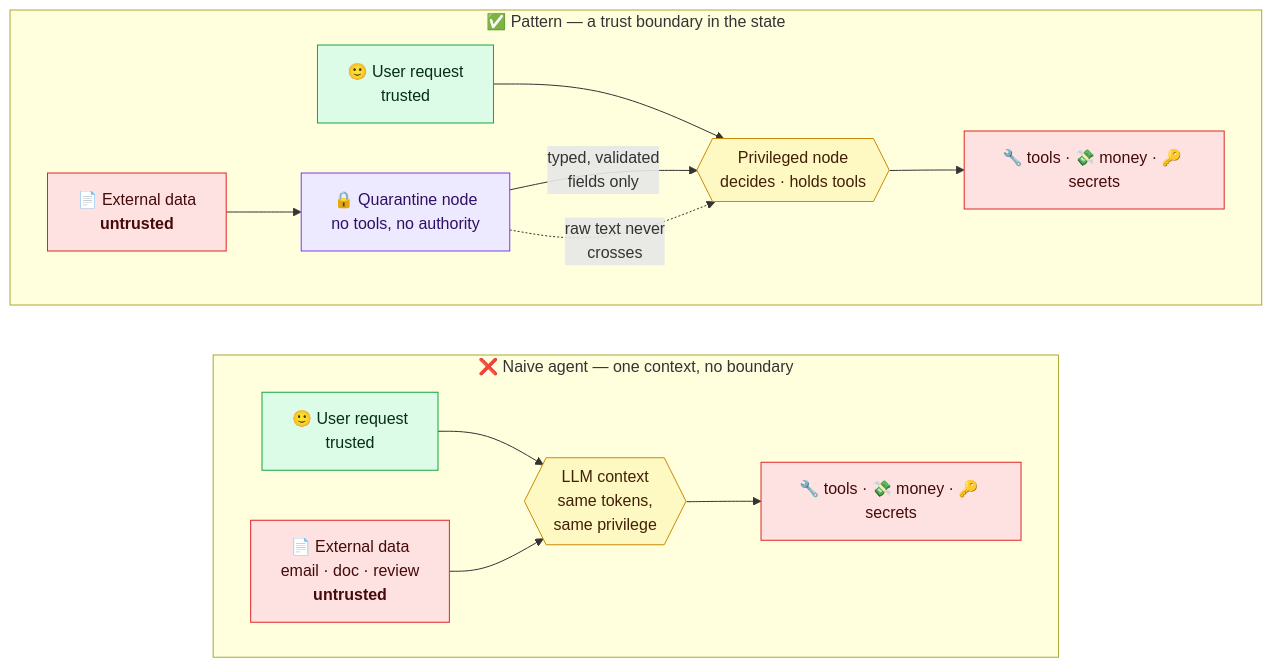
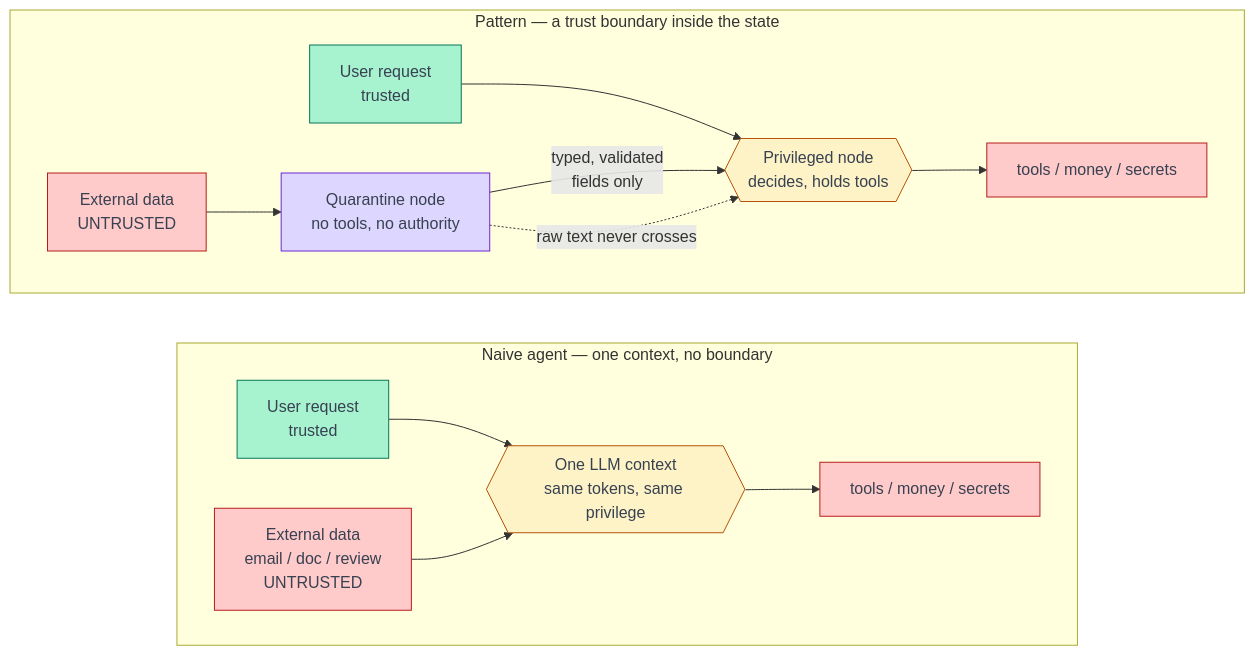
One commit to damiangilgonzalez1995/prompt-injection-patterns changed the first of 5 diagrams in README.md. Above: the diagram before and after it, drawn with Mermaid. The commit also changed other lines of this file, not shown here.

First line of the commit message:
Redesign README diagrams to argue, not display

````diff
--- a/README.md
+++ b/README.md
@@ -44,27 +44,27 @@
 ```mermaid
+%% Attack anatomy: why the boundary must live in the state, not the prompt.
+%% Side-by-side comparison — naive convergence vs. a quarantine wall.
 flowchart LR
-    subgraph NAIVE["❌ Naive agent — one context, no boundary"]
+    subgraph NAIVE["Naive agent — one context, no boundary"]
         direction LR
-        U1["🙂 User request<br/>trusted"] --> CTX{{"LLM context<br/>same tokens,<br/>same privilege"}}
-        D1["📄 External data<br/>email · doc · review<br/><b>untrusted</b>"] --> CTX
-        CTX --> ACT1["🔧 tools · 💸 money · 🔑 secrets"]
+        nUser["User request<br>trusted"] --> nCtx{{"One LLM context<br>same tokens, same privilege"}}
+        nData["External data<br>email / doc / review<br>UNTRUSTED"] --> nCtx
+        nCtx --> nAct["tools / money / secrets"]
     end
-    subgraph SAFE["✅ Pattern — a trust boundary in the state"]
+    subgraph SAFE["Pattern — a trust boundary inside the state"]
         direction LR
-        U2["🙂 User request<br/>trusted"] --> DEC{{"Privileged node<br/>decides · holds tools"}}
-        D2["📄 External data<br/><b>untrusted</b>"] --> Q["🔒 Quarantine node<br/>no tools, no authority"]
-        Q -->|"typed, validated<br/>fields only"| DEC
-        DEC --> ACT2["🔧 tools · 💸 money · 🔑 secrets"]
-        Q -. "raw text never<br/>crosses" .-> DEC
+        sUser["User request<br>trusted"] --> sDec{{"Privileged node<br>decides, holds tools"}}
+        sData["External data<br>UNTRUSTED"] --> sQ["Quarantine node<br>no tools, no authority"]
+        sQ -->|"typed, validated<br>fields only"| sDec
+        sDec --> sAct["tools / money / secrets"]
+        sQ -.->|"raw text never crosses"| sDec
     end
-    classDef trusted fill:#dcfce7,stroke:#16a34a,color:#052e16;
-    classDef danger fill:#fee2e2,stroke:#dc2626,color:#450a0a;
-    classDef ctx fill:#fef9c3,stroke:#ca8a04,color:#422006;
-    classDef quar fill:#ede9fe,stroke:#7c3aed,color:#2e1065;
-    class U1,U2 trusted
-    class D1,D2 danger
-    class CTX ctx
-    class DEC ctx
-    class Q quar
-    class ACT1,ACT2 danger
+    classDef trusted fill:#a7f3d0,stroke:#047857,color:#374151
+    classDef danger fill:#fecaca,stroke:#b91c1c,color:#374151
+    classDef ctx fill:#fef3c7,stroke:#b45309,color:#374151
+    classDef quar fill:#ddd6fe,stroke:#6d28d9,color:#374151
+    class nUser,sUser trusted
+    class nData,sData,nAct,sAct danger
+    class nCtx,sDec ctx
+    class sQ quar
 ```
````
